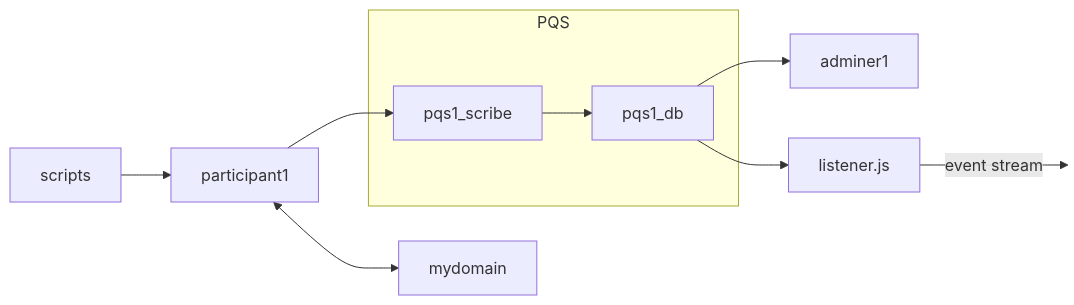
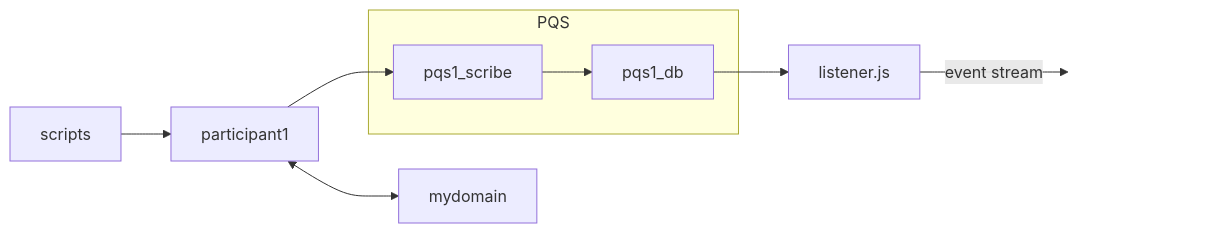
The diagram in README.md (wallacekelly-da/daml-public-demos), drawn with Mermaid before and after one commit. The commit also changed other lines of this file, not shown here.

Commit message:
Improve mermaid Github compatibility?

````diff
--- a/README.md
+++ b/README.md
@@ -14,14 +13,13 @@
 ```mermaid
 flowchart LR
-    classDef hidden display: none;
-
     scripts --> participant1
     participant1 <--> mydomain
     participant1 --> pqs1_scribe
-    subgraph PQS
+   subgraph PQS
     pqs1_scribe --> pqs1_db
     end
-    pqs1_db --> adminer1
     pqs1_db --> listener.js
-    listener.js --event stream-->kafka:::hidden
+    listener.js --event stream-->consumer
+
+    style consumer fill:#FFFFFF00,stroke:#FFFFFF00,color:#FFFFFF00
 ```
````
